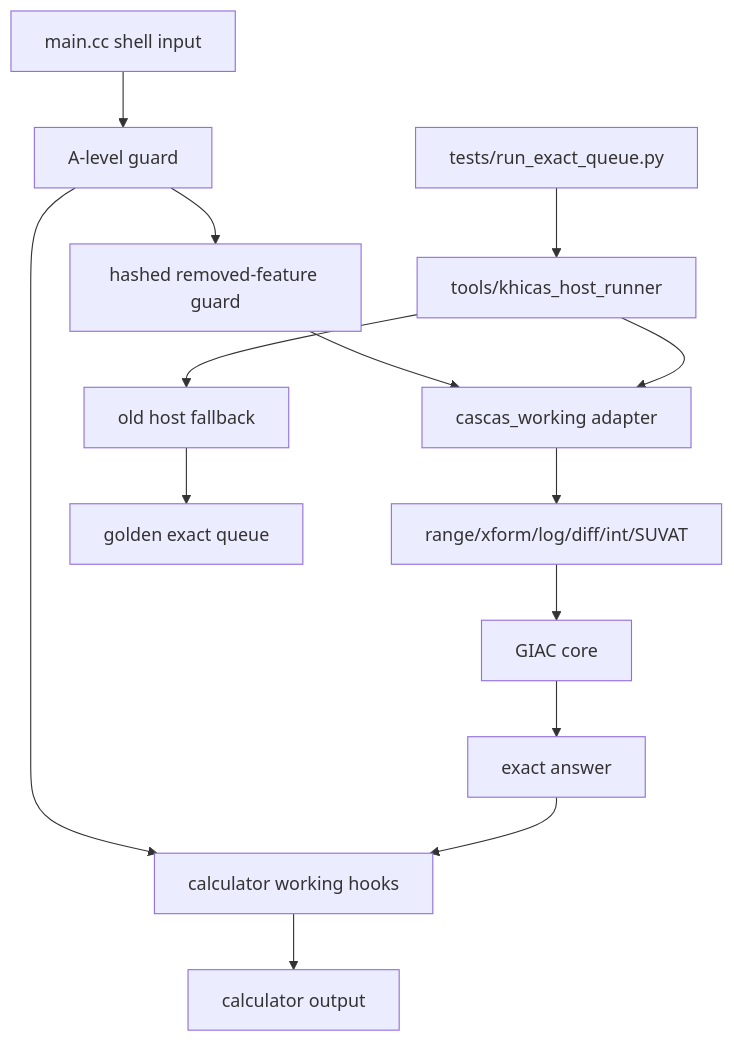
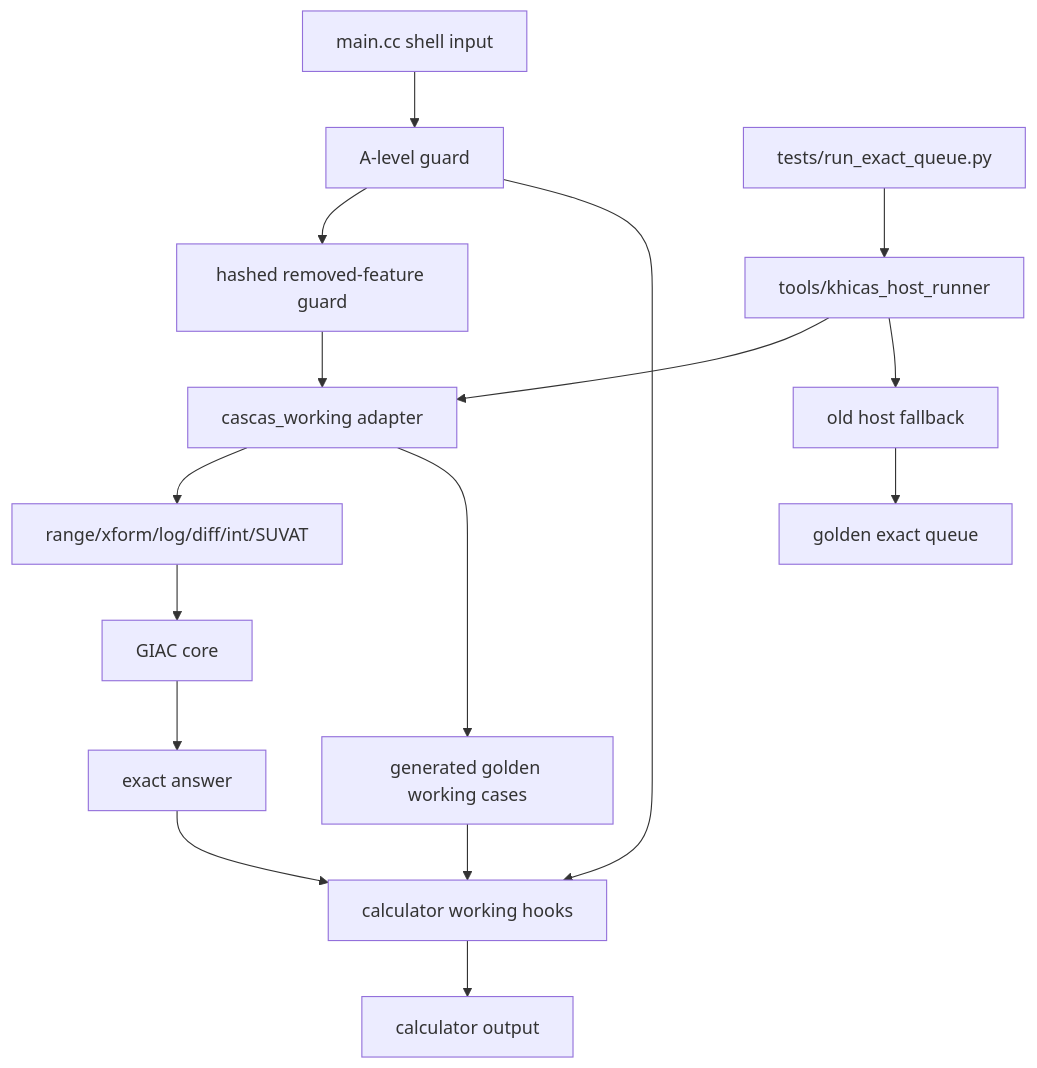
The second of 7 diagrams in docs/GRAPH.md (james8464/notes-addin-casio-fx-cg50), drawn with Mermaid before and after one commit. The commit also changed other lines of this file and 5 other files, not shown here.

Commit message:
feat: port golden working lines into calculator source

````diff
--- a/docs/GRAPH.md
+++ b/docs/GRAPH.md
@@ -25,16 +25,18 @@
 ```mermaid
 graph TD
   Input["main.cc shell input"] --> Guard["A-level guard"]
   Guard --> Hash["hashed removed-feature guard"]
   Hash --> Shared["cascas_working adapter"]
   Shared --> Rewrite["range/xform/log/diff/int/SUVAT"]
+  Shared --> GoldenSource["generated golden working cases"]
   Rewrite --> Giac["GIAC core"]
+  GoldenSource --> CalcWork
   Giac --> Answer["exact answer"]
   Guard --> CalcWork["calculator working hooks"]
   HostIn["tests/run_exact_queue.py"] --> HostWrap["tools/khicas_host_runner"]
   HostWrap --> Shared
   HostWrap --> HostWork["old host fallback"]
   Answer --> CalcWork
   CalcWork --> Console["calculator output"]
   HostWork --> Exact["golden exact queue"]
 ```
````
